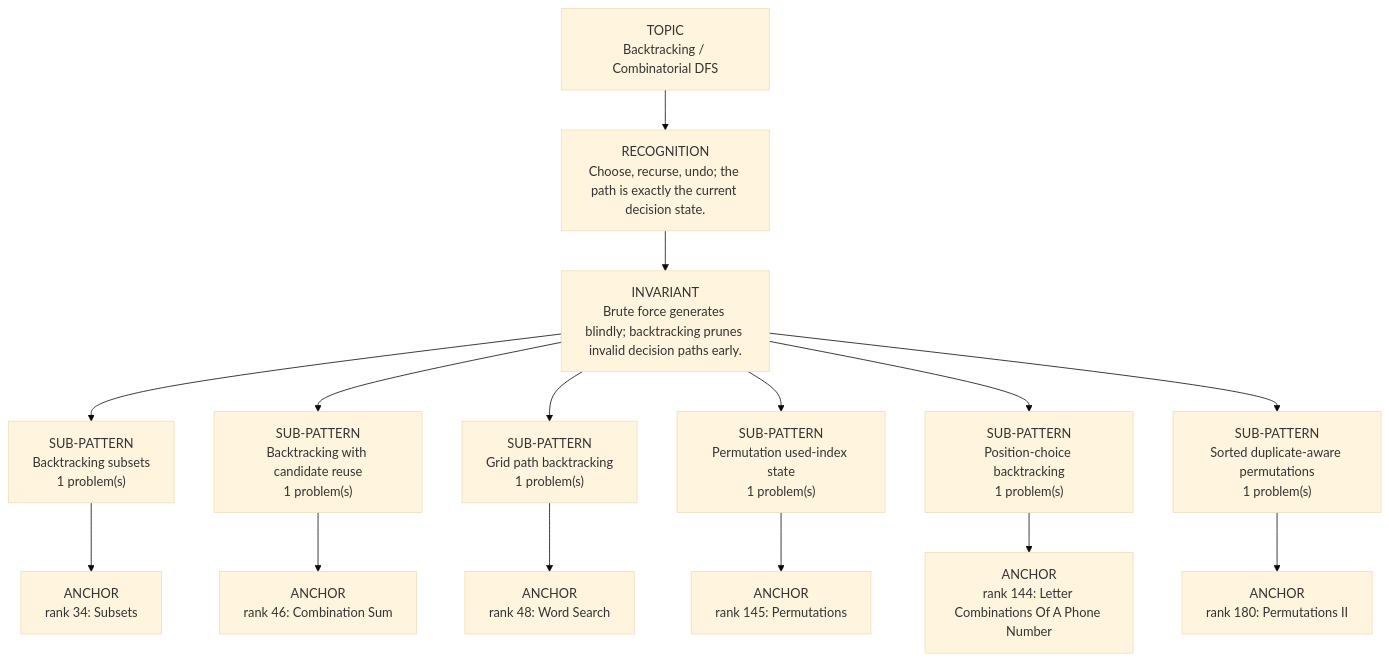
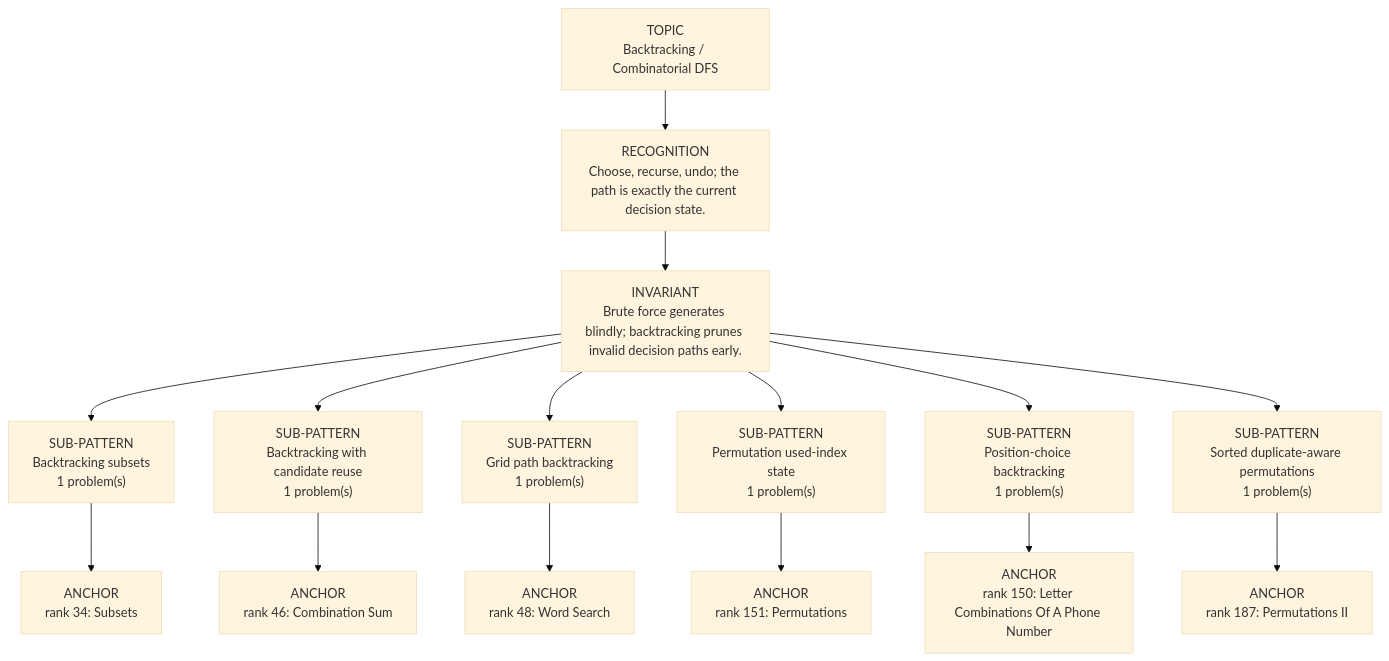
One commit to thechiranjeevjain/DSA10days changed the diagram in dsa-review/interview/patterns/14_backtracking.md. Above: the diagram before and after it, drawn with Mermaid (base theme). The commit also changed other lines of this file and 61 other files, not shown here.

````diff
--- a/dsa-review/interview/patterns/14_backtracking.md
+++ b/dsa-review/interview/patterns/14_backtracking.md
@@ -15,19 +15,19 @@
 ```mermaid
 flowchart TD
   Topic["TOPIC<br/>Backtracking / Combinatorial DFS"]
   Recognition["RECOGNITION<br/>Choose, recurse, undo; the path is exactly the current decision state."]
   Invariant["INVARIANT<br/>Brute force generates blindly; backtracking prunes invalid decision paths early."]
   Topic --> Recognition --> Invariant
   Invariant --> Sub01["SUB-PATTERN<br/>Backtracking subsets<br/>1 problem(s)"]
   Sub01 --> Sub01A01["ANCHOR<br/>rank 34: Subsets"]
   Invariant --> Sub02["SUB-PATTERN<br/>Backtracking with candidate reuse<br/>1 problem(s)"]
   Sub02 --> Sub02A01["ANCHOR<br/>rank 46: Combination Sum"]
   Invariant --> Sub03["SUB-PATTERN<br/>Grid path backtracking<br/>1 problem(s)"]
   Sub03 --> Sub03A01["ANCHOR<br/>rank 48: Word Search"]
   Invariant --> Sub04["SUB-PATTERN<br/>Permutation used-index state<br/>1 problem(s)"]
-  Sub04 --> Sub04A01["ANCHOR<br/>rank 145: Permutations"]
+  Sub04 --> Sub04A01["ANCHOR<br/>rank 151: Permutations"]
   Invariant --> Sub05["SUB-PATTERN<br/>Position-choice backtracking<br/>1 problem(s)"]
-  Sub05 --> Sub05A01["ANCHOR<br/>rank 144: Letter Combinations Of A Phone Number"]
+  Sub05 --> Sub05A01["ANCHOR<br/>rank 150: Letter Combinations Of A Phone Number"]
   Invariant --> Sub06["SUB-PATTERN<br/>Sorted duplicate-aware permutations<br/>1 problem(s)"]
-  Sub06 --> Sub06A01["ANCHOR<br/>rank 180: Permutations II"]
+  Sub06 --> Sub06A01["ANCHOR<br/>rank 187: Permutations II"]
 ```
````
